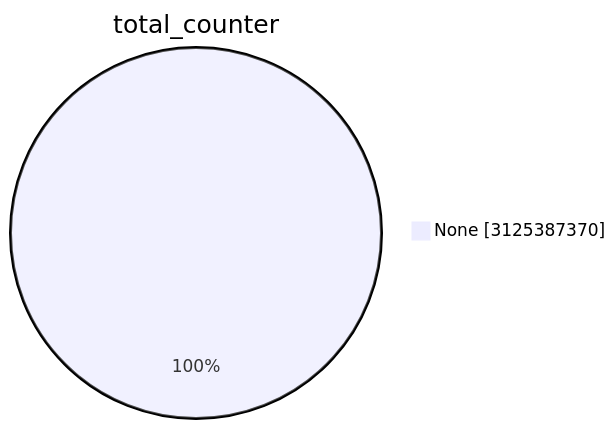
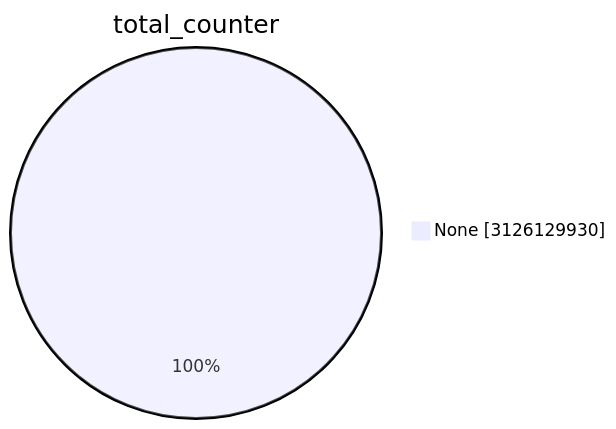
Before and after one commit to christiankrug/ctmonitor_visualization: the first of 15 diagrams in TOTAL/README.md, drawn with Mermaid. The commit also changed other lines of this file, not shown here.

````diff
--- a/TOTAL/README.md
+++ b/TOTAL/README.md
@@ -1,5 +1,5 @@
 ```mermaid
 pie showData
 title total_counter
-"None" :3125387370
+"None" :3126129930
 ```
````
